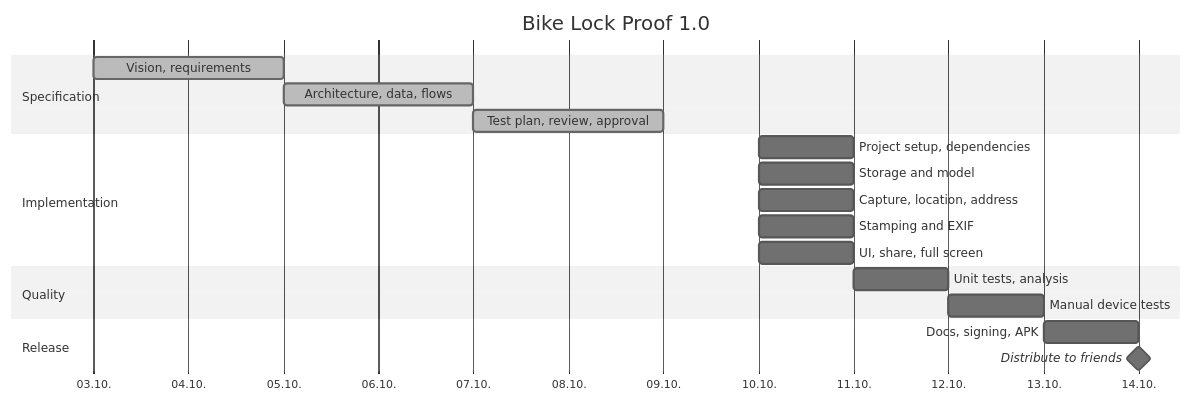
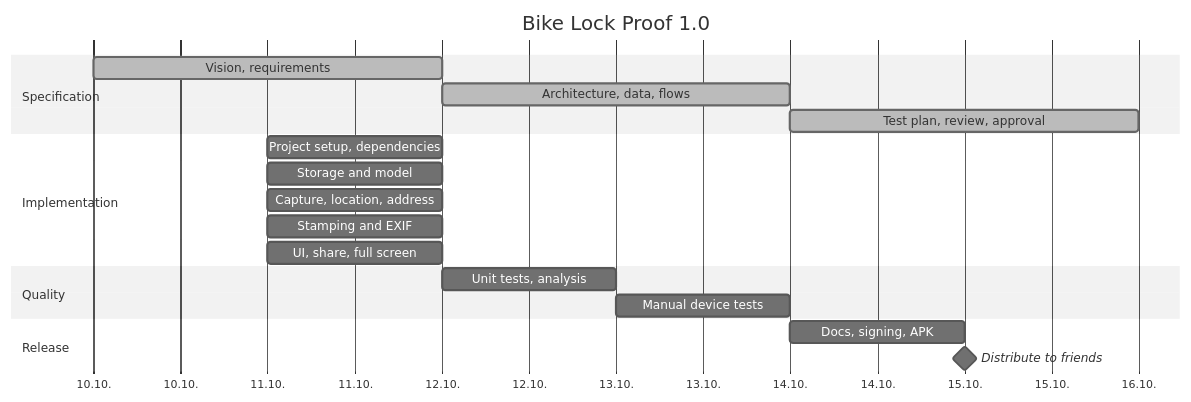
Before and after one commit to Nomovil/bike_lock_doc: the fourth of 4 diagrams in docs/spec/13-release-and-distribution.md, drawn with Mermaid (neutral theme). The commit also changed 20 other files, not shown here.

````diff
--- a/docs/spec/13-release-and-distribution.md
+++ b/docs/spec/13-release-and-distribution.md
@@ -94,26 +94,26 @@
 ```mermaid
 gantt
     title Bike Lock Proof 1.0
     dateFormat  YYYY-MM-DD
     axisFormat  %d.%m.
 
     section Specification
-    Vision, requirements          :done, s1, 2026-10-03, 2d
+    Vision, requirements          :done, s1, 2026-10-10, 2d
     Architecture, data, flows     :done, s2, after s1, 2d
     Test plan, review, approval   :done, s3, after s2, 2d
 
     section Implementation
-    Project setup, dependencies   :i1, 2026-10-10, 1d
-    Storage and model             :i2, 2026-10-10, 1d
-    Capture, location, address    :i3, 2026-10-10, 1d
-    Stamping and EXIF             :i4, 2026-10-10, 1d
-    UI, share, full screen        :i5, 2026-10-10, 1d
+    Project setup, dependencies   :i1, 2026-10-11, 1d
+    Storage and model             :i2, 2026-10-11, 1d
+    Capture, location, address    :i3, 2026-10-11, 1d
+    Stamping and EXIF             :i4, 2026-10-11, 1d
+    UI, share, full screen        :i5, 2026-10-11, 1d
 
     section Quality
-    Unit tests, analysis          :q1, 2026-10-11, 1d
+    Unit tests, analysis          :q1, 2026-10-12, 1d
     Manual device tests           :q2, after q1, 1d
 
     section Release
     Docs, signing, APK            :r1, after q2, 1d
     Distribute to friends         :milestone, r2, after r1, 0d
 ```
````
